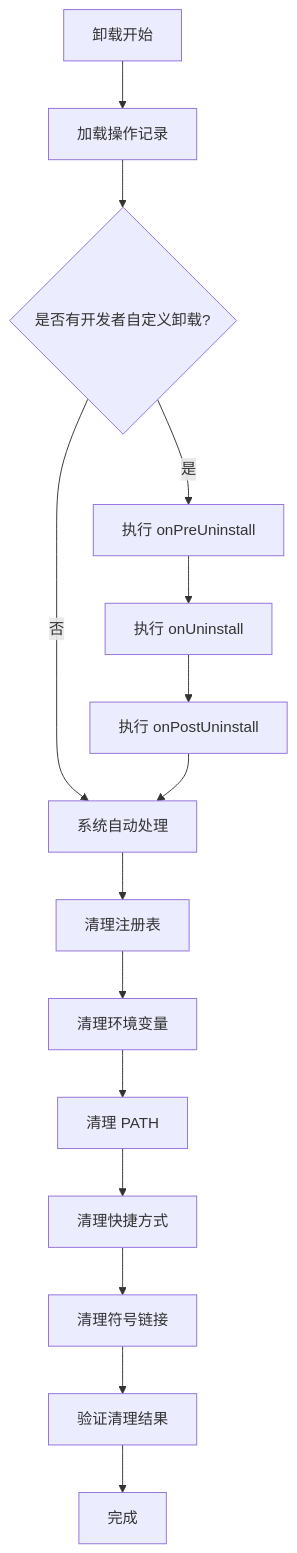
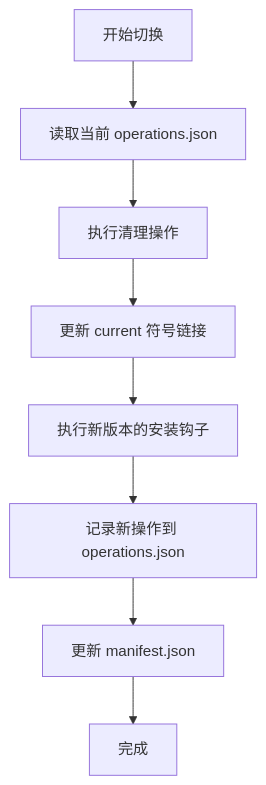
The third of 3 diagrams in wiki/design/DATABASE.md (morning-start/chopsticks), drawn with Mermaid before and after one commit. The commit also changed other lines of this file and 10 other files, not shown here.

````diff
--- a/wiki/design/DATABASE.md
+++ b/wiki/design/DATABASE.md
@@ -454,18 +279,10 @@
 ```mermaid
 flowchart TD
-    A[卸载开始] --> B[加载操作记录]
-    B --> C{是否有开发者自定义卸载?}
-    C -->|是| D[执行 onPreUninstall]
-    D --> E[执行 onUninstall]
-    E --> F[执行 onPostUninstall]
-    C -->|否| G[系统自动处理]
-
-    F --> G
-    G --> H[清理注册表]
-    H --> I[清理环境变量]
-    I --> J[清理 PATH]
-    J --> K[清理快捷方式]
-    K --> L[清理符号链接]
-    L --> M[验证清理结果]
-    M --> N[完成]
+    A[开始切换] --> B[读取当前 operations.json]
+    B --> C[执行清理操作]
+    C --> D[更新 current 符号链接]
+    D --> E[执行新版本的安装钩子]
+    E --> F[记录新操作到 operations.json]
+    F --> G[更新 manifest.json]
+    G --> H[完成]
 ```
````
